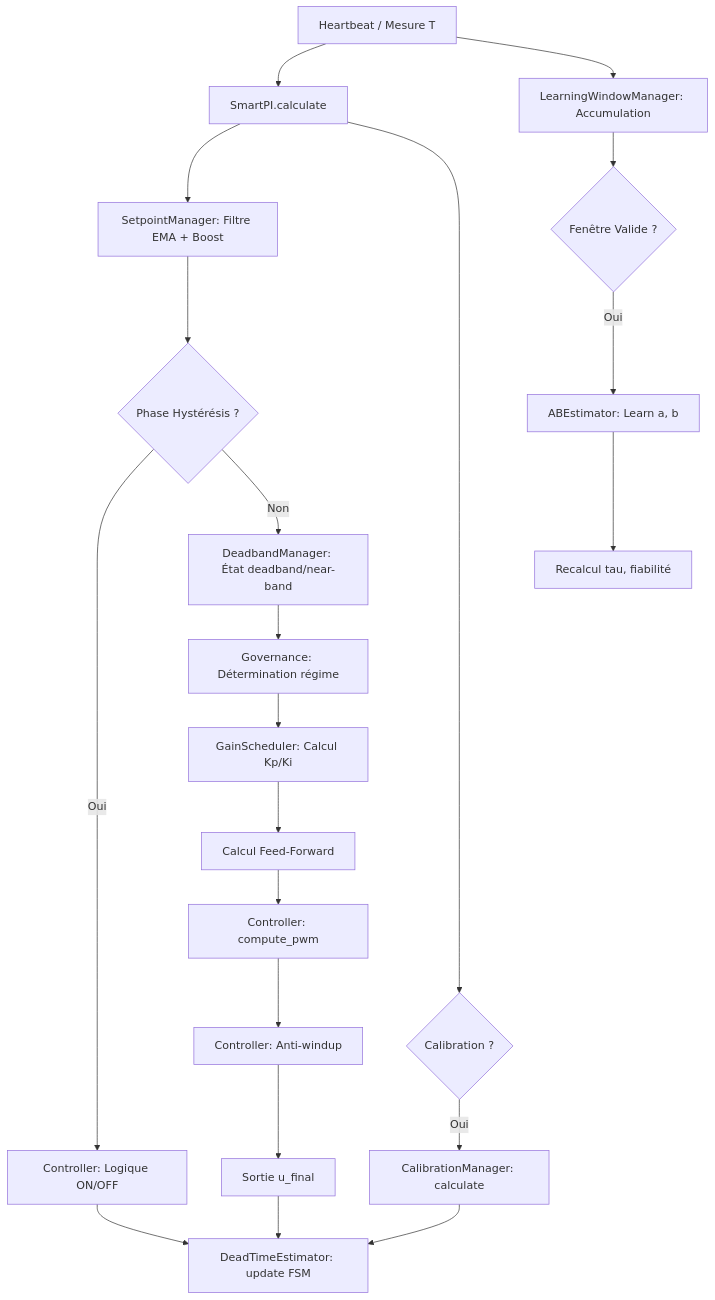
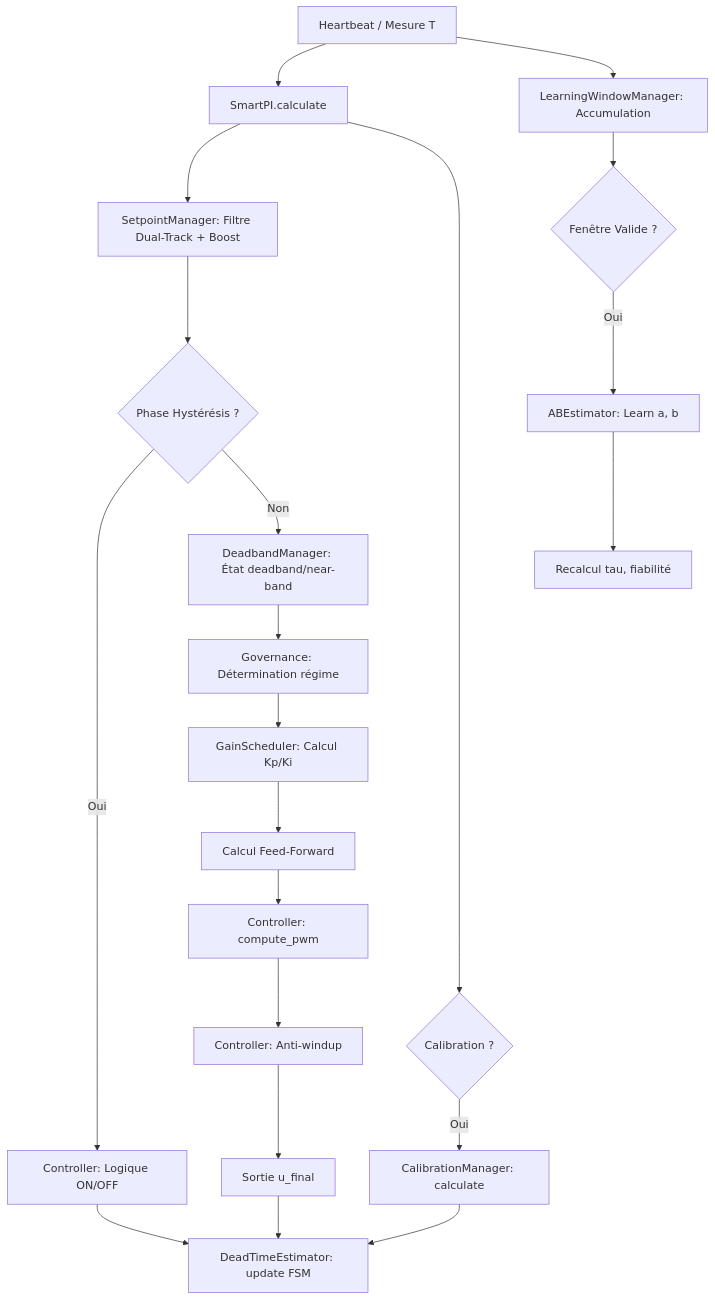
One commit to caiusseverus/versatile_thermostat changed the diagram in documentation/tech-docs/smart_pi_bible-fr.md. Above: the diagram before and after it, drawn with Mermaid. The commit also changed other lines of this file and 5 other files, not shown here.

````diff
--- a/documentation/tech-docs/smart_pi_bible-fr.md
+++ b/documentation/tech-docs/smart_pi_bible-fr.md
@@ -322,26 +341,26 @@
 ```mermaid
 graph TD
     A[Heartbeat / Mesure T] --> B[SmartPI.calculate]
-    B --> SP[SetpointManager: Filtre EMA + Boost]
+    B --> SP[SetpointManager: Filtre Dual-Track + Boost]
     SP --> C{Phase Hystérésis ?}
     C -- Oui --> D[Controller: Logique ON/OFF]
     C -- Non --> DB[DeadbandManager: État deadband/near-band]
     DB --> GOV[Governance: Détermination régime]
     GOV --> GS[GainScheduler: Calcul Kp/Ki]
     GS --> FF[Calcul Feed-Forward]
     FF --> PI[Controller: compute_pwm]
     PI --> AW[Controller: Anti-windup]
     AW --> OUT[Sortie u_final]
 
     A --> LW[LearningWindowManager: Accumulation]
     LW --> LV{Fenêtre Valide ?}
     LV -- Oui --> EST[ABEstimator: Learn a, b]
     EST --> TAU[Recalcul tau, fiabilité]
 
     D --> DT[DeadTimeEstimator: update FSM]
     OUT --> DT
 
     B --> CAL{Calibration ?}
     CAL -- Oui --> CM[CalibrationManager: calculate]
     CM --> DT
 ```
````
